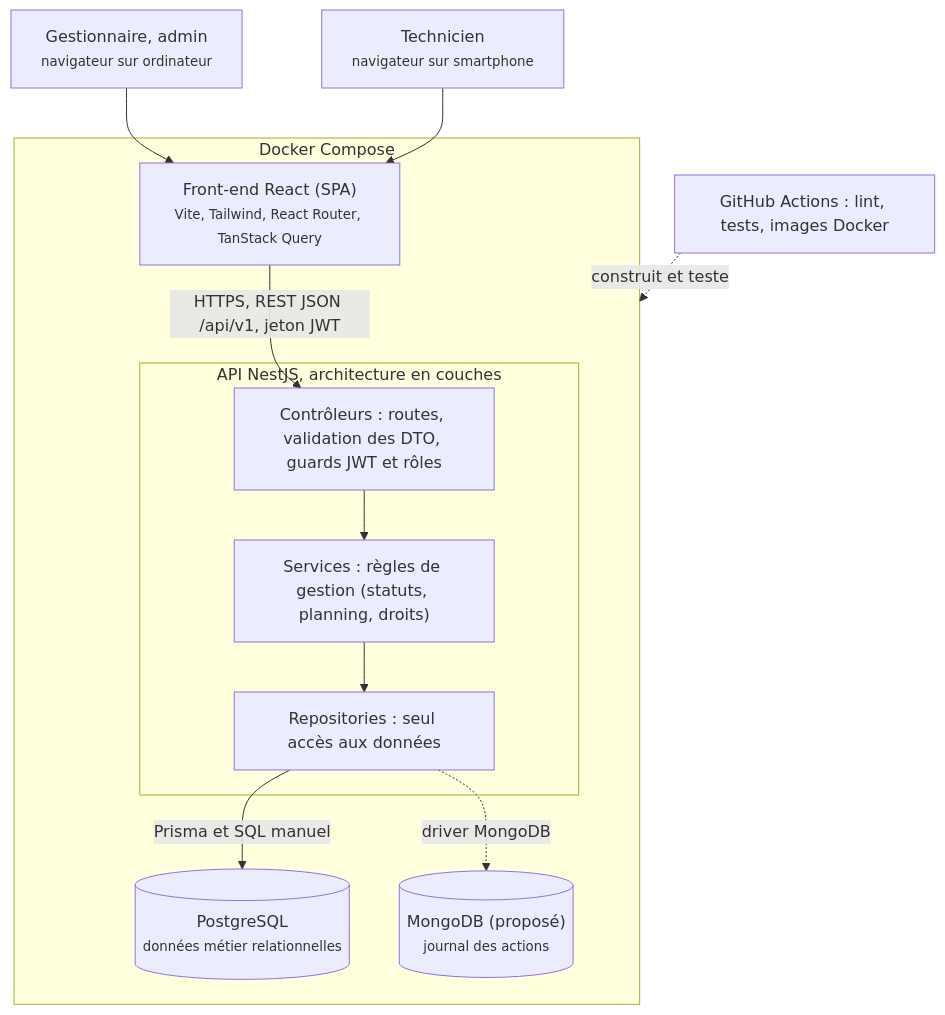
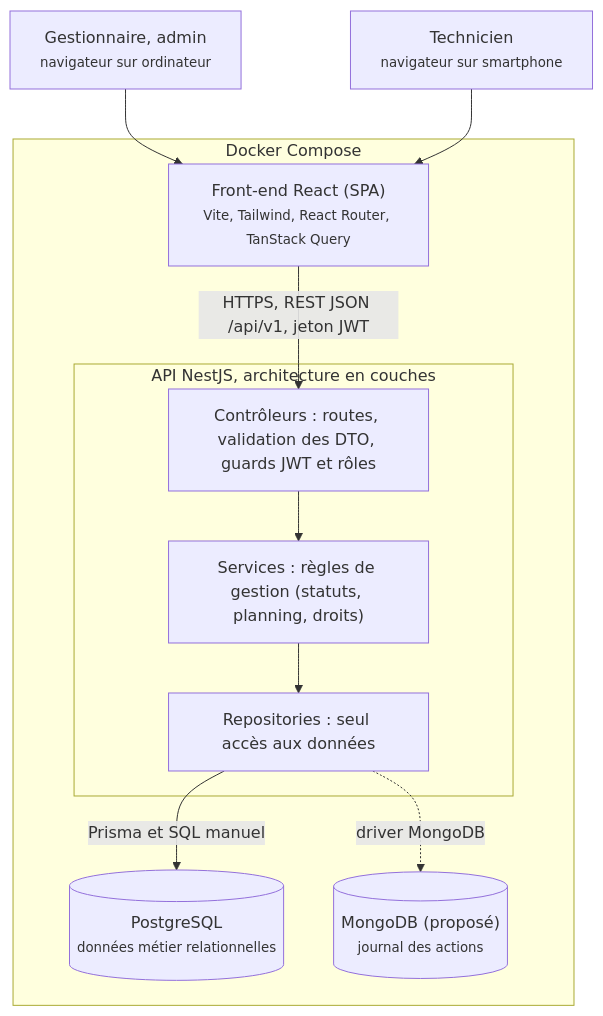
The second of 2 diagrams in docs/cahier-des-charges.md (Falkor555/plumbly-msp2), drawn with Mermaid before and after one commit. The commit also changed other lines of this file and 1 other file, not shown here.

````diff
--- a/docs/cahier-des-charges.md
+++ b/docs/cahier-des-charges.md
@@ -339,26 +338,24 @@
 ```mermaid
 flowchart TB
     G["Gestionnaire, admin<br/><small>navigateur sur ordinateur</small>"]
     T["Technicien<br/><small>navigateur sur smartphone</small>"]
 
     subgraph DC["Docker Compose"]
         F["Front-end React (SPA)<br/><small>Vite, Tailwind, React Router, TanStack Query</small>"]
         subgraph API["API NestJS, architecture en couches"]
             C["Contrôleurs : routes, validation des DTO, guards JWT et rôles"]
             S["Services : règles de gestion (statuts, planning, droits)"]
             R["Repositories : seul accès aux données"]
             C --> S --> R
         end
         PG[("PostgreSQL<br/><small>données métier relationnelles</small>")]
         MG[("MongoDB (proposé)<br/><small>journal des actions</small>")]
     end
 
-    CI["GitHub Actions : lint, tests, images Docker"]
 
     G --> F
     T --> F
     F -- "HTTPS, REST JSON /api/v1, jeton JWT" --> C
     R -- "Prisma et SQL manuel" --> PG
     R -. "driver MongoDB" .-> MG
-    CI -. "construit et teste" .-> DC
 ```
````
